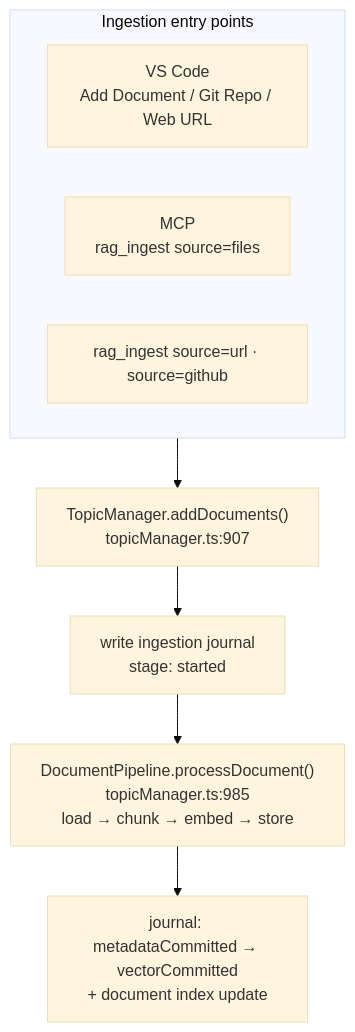
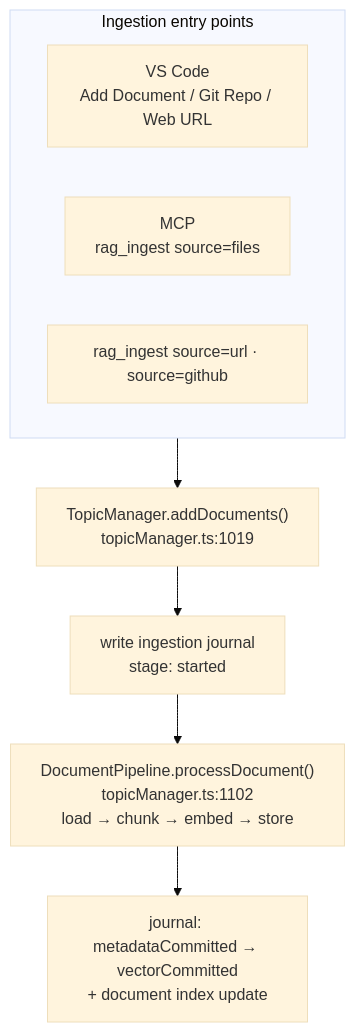
Before and after one commit to hyorman/RAGnarok: the first of 4 diagrams in docs/RETRIEVAL-PIPELINE.md, drawn with Mermaid (base theme). The commit also changed other lines of this file and 60 other files, not shown here.

````diff
--- a/docs/RETRIEVAL-PIPELINE.md
+++ b/docs/RETRIEVAL-PIPELINE.md
@@ -16,14 +16,14 @@
 ```mermaid
 flowchart TB
   subgraph entry["Ingestion entry points"]
     vs["VS Code<br/>Add Document / Git Repo / Web URL"]
     mcpl["MCP<br/>rag_ingest source=files"]
     url["rag_ingest source=url · source=github"]
   end
 
-  entry --> TM["TopicManager.addDocuments()<br/>topicManager.ts:907"]
+  entry --> TM["TopicManager.addDocuments()<br/>topicManager.ts:1019"]
 
   TM --> J1["write ingestion journal<br/>stage: started"]
-  J1 --> PROC["DocumentPipeline.processDocument()<br/>topicManager.ts:985<br/>load → chunk → embed → store"]
+  J1 --> PROC["DocumentPipeline.processDocument()<br/>topicManager.ts:1102<br/>load → chunk → embed → store"]
   PROC --> J2["journal: metadataCommitted → vectorCommitted<br/>+ document index update"]
 ```
````
